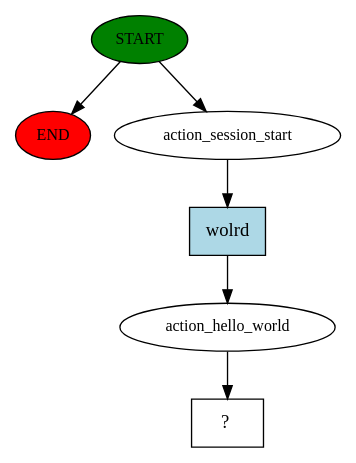
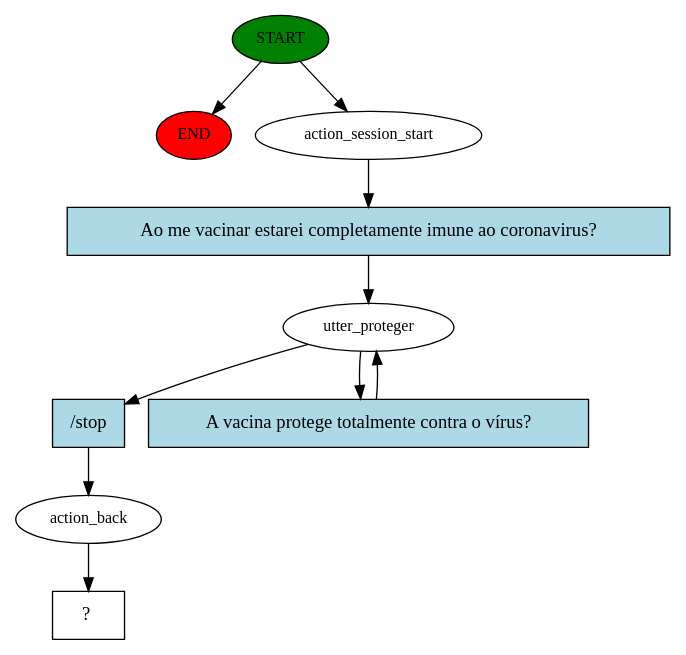
Before and after one commit to marcelosprogrammer/projetomestradorasa: the diagram in story_graph.dot, drawn with Graphviz. The commit also changed 21 other files, not shown here.

```diff
--- a/story_graph.dot
+++ b/story_graph.dot
@@ -1,13 +1,20 @@
 digraph  {
 0 [class="start active", fillcolor=green, fontsize=12, label=START, style=filled];
 "-1" [class=end, fillcolor=red, fontsize=12, label=END, style=filled];
 1 [class=active, fontsize=12, label=action_session_start];
-2 [class=active, fontsize=12, label=action_hello_world];
-3 [class="intent dashed active", label="  ?  ", shape=rect];
-4 [class="intent active", fillcolor=lightblue, label=wolrd, shape=rect, style=filled];
+2 [class=active, fontsize=12, label=utter_proteger];
+4 [class=active, fontsize=12, label=action_back];
+5 [class="intent dashed active", label="  ?  ", shape=rect];
+6 [class="intent active", fillcolor=lightblue, label="Ao me vacinar estarei completamente imune ao coronavirus?", shape=rect, style=filled];
+7 [class="intent active", fillcolor=lightblue, label="/stop", shape=rect, style=filled];
+8 [class="intent active", fillcolor=lightblue, label="A vacina protege totalmente contra o vírus?", shape=rect, style=filled];
 0 -> "-1"  [class="", key=NONE, label=""];
 0 -> 1  [class=active, key=NONE, label=""];
-1 -> 4  [class=active, key=0];
-2 -> 3  [class=active, key=NONE, label=""];
-4 -> 2  [class=active, key=0];
+1 -> 6  [class=active, key=0];
+2 -> 7  [class=active, key=0];
+2 -> 8  [class=active, key=0];
+4 -> 5  [class=active, key=NONE, label=""];
+6 -> 2  [class=active, key=0];
+7 -> 4  [class=active, key=0];
+8 -> 2  [class=active, key=0];
 }
```
